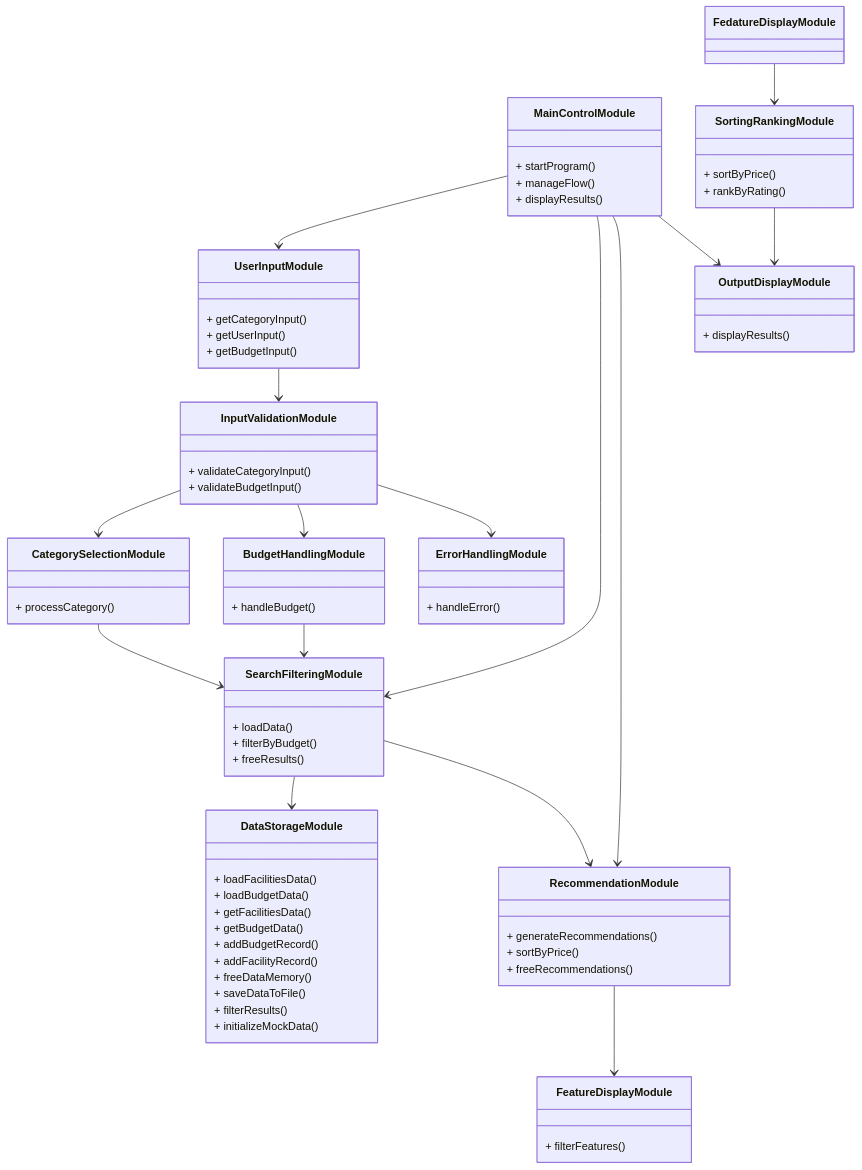
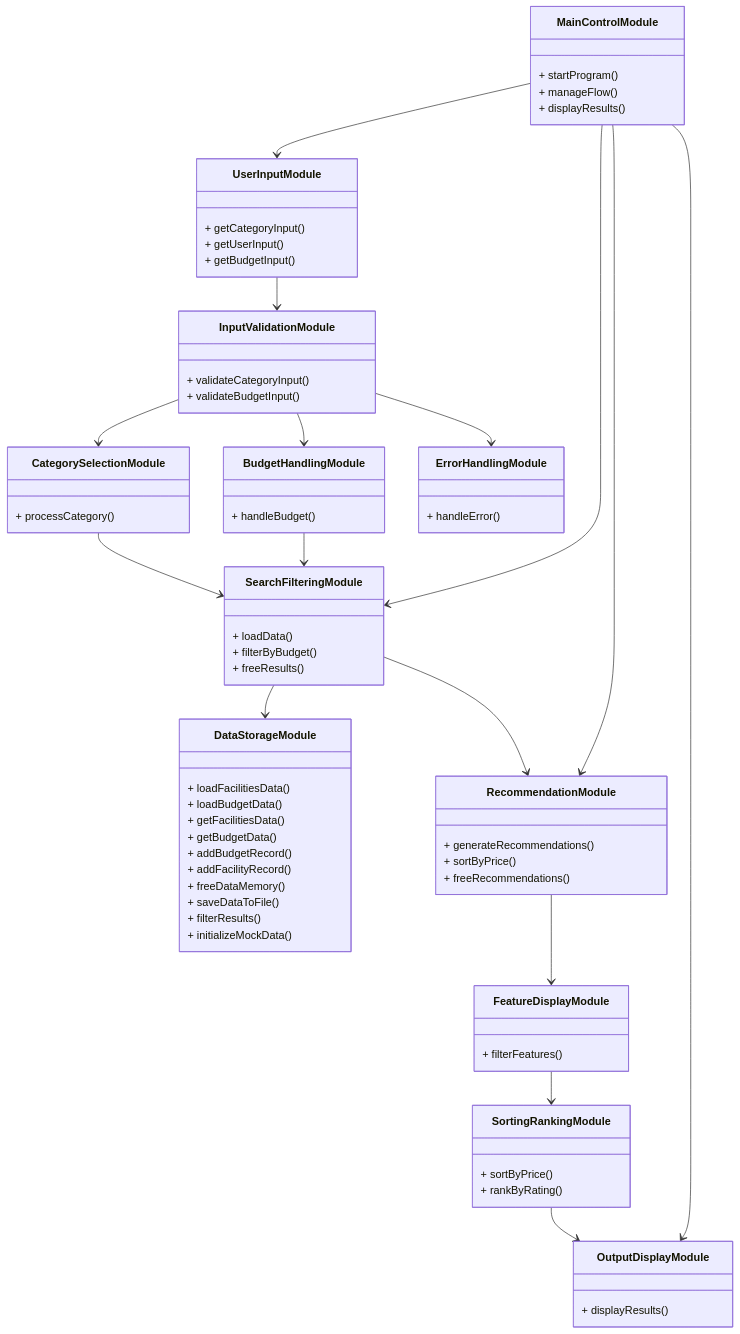
One commit to OluwaloniAyeni/CSCN71030-Sec2--Group4 changed the diagram in class-diagram.md. Above: the diagram before and after it, drawn with Mermaid.

Commit message:
Refactor class diagram syntax in class-diagram.md by correcting word spelling

```diff
--- a/class-diagram.md
+++ b/class-diagram.md
@@ -90,7 +90,7 @@
 
 RecommendationModule --> FeatureDisplayModule
 
-FedatureDisplayModule --> SortingRankingModule
+FeatureDisplayModule --> SortingRankingModule
 
 SortingRankingModule --> OutputDisplayModule
 
```
